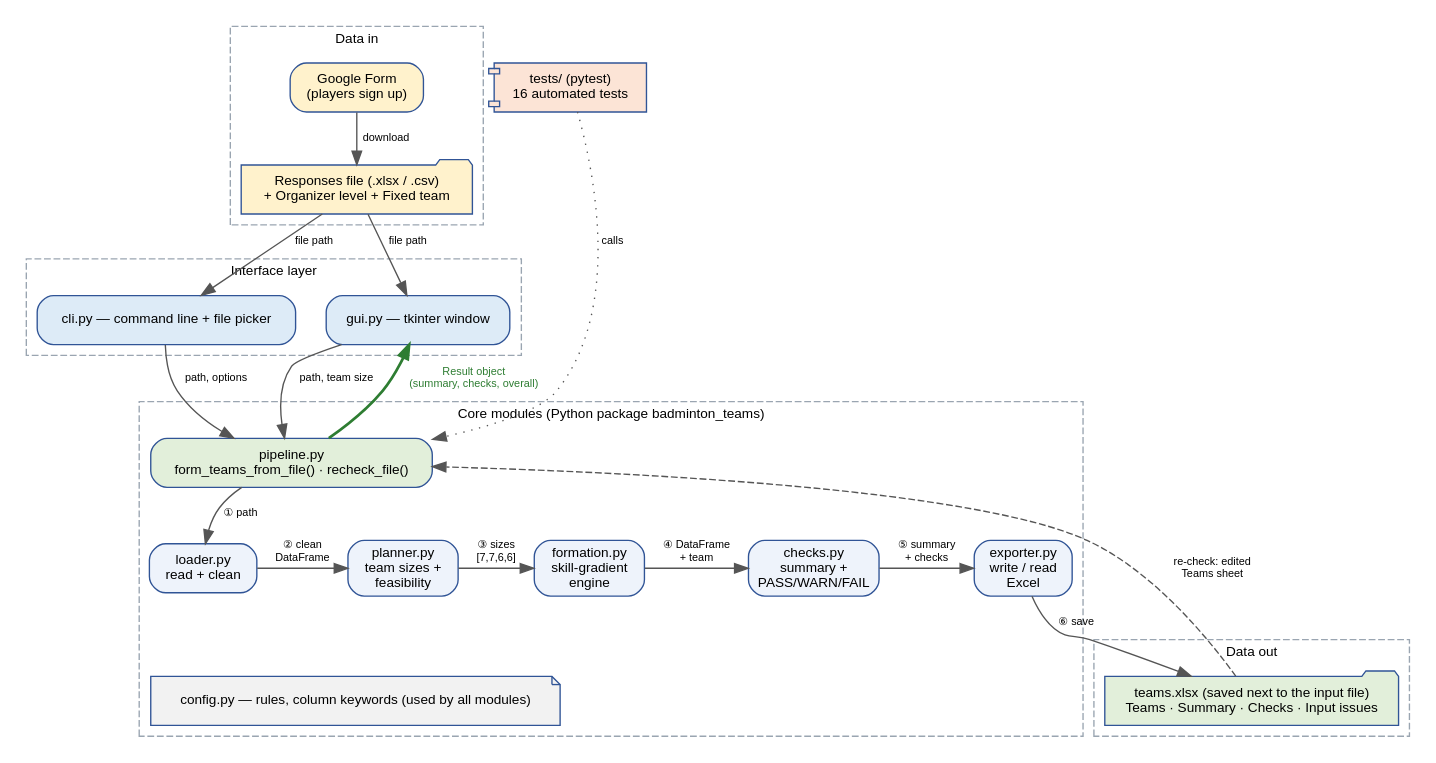
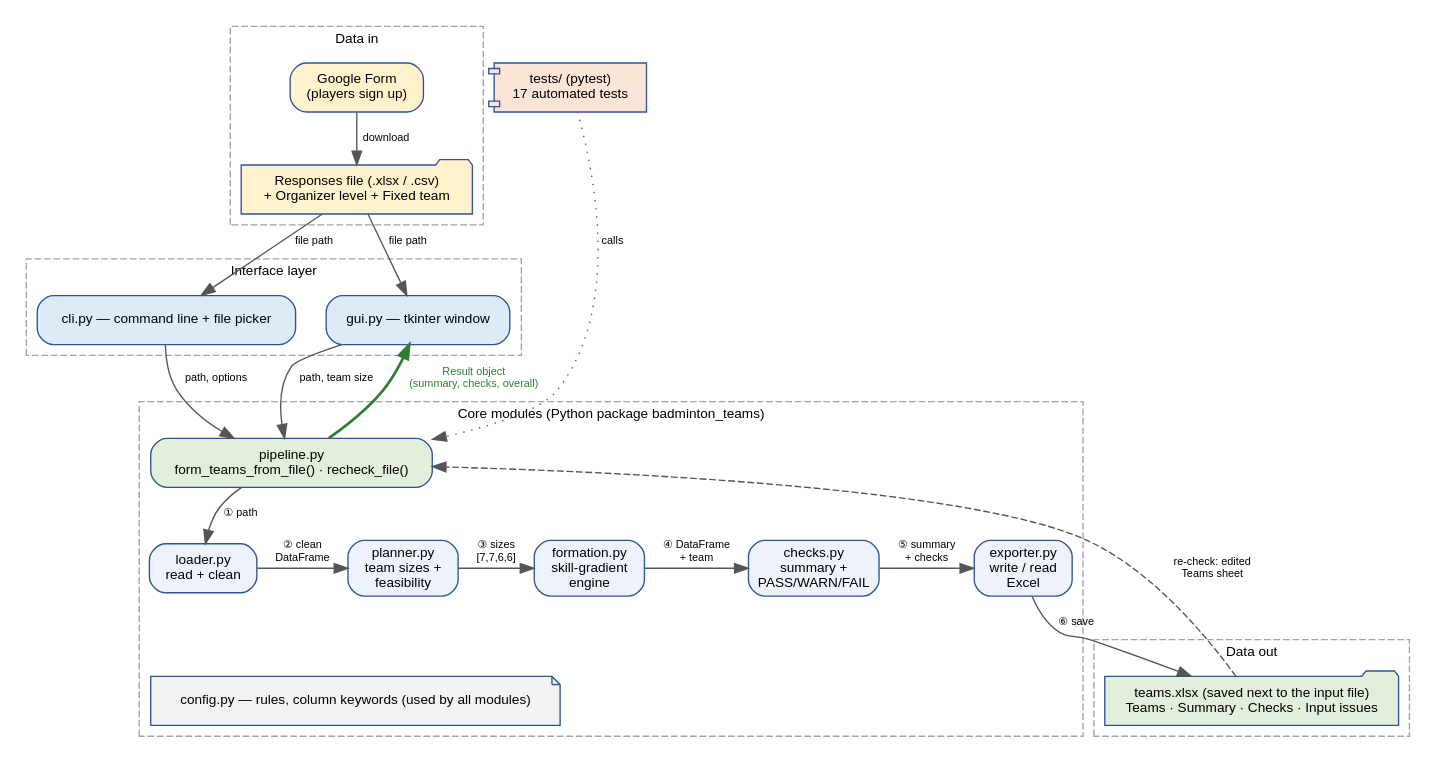
The diagram in docs/diagrams/architecture.dot (All3n0412/Python-Group-Project--N), drawn with Graphviz before and after one commit. The commit also changed 6 other files, not shown here.

```diff
--- a/docs/diagrams/architecture.dot
+++ b/docs/diagrams/architecture.dot
@@ -1,44 +1,44 @@
 digraph A {
   rankdir=TB; nodesep=0.3; ranksep=0.42; newrank=true;
   node [shape=box style="rounded,filled" fontname="Helvetica" fontsize=10 color="#305496" fillcolor="#EEF3FB"];
   edge [fontname="Helvetica" fontsize=8 color="#555555"];
 
   subgraph cluster_in { label="Data in"; style=dashed; color="#9AA5B1"; fontname="Helvetica"; fontsize=10;
     form  [label="Google Form\n(players sign up)" fillcolor="#FFF2CC"];
     sheet [label="Responses file (.xlsx / .csv)\n+ Organizer level + Fixed team" shape=folder fillcolor="#FFF2CC"];
   }
   subgraph cluster_ui { label="Interface layer"; style=dashed; color="#9AA5B1"; fontname="Helvetica"; fontsize=10;
     gui [label="gui.py — tkinter window" fillcolor="#DDEBF7"];
     cli [label="cli.py — command line + file picker" fillcolor="#DDEBF7"];
   }
   subgraph cluster_core { label="Core modules (Python package badminton_teams)"; style=dashed; color="#9AA5B1"; fontname="Helvetica"; fontsize=10;
     pipe [label="pipeline.py\nform_teams_from_file() · recheck_file()" fillcolor="#E2EFDA"];
     load [label="loader.py\nread + clean"];
     plan [label="planner.py\nteam sizes +\nfeasibility"];
     fm   [label="formation.py\nskill-gradient\nengine"];
     chk  [label="checks.py\nsummary +\nPASS/WARN/FAIL"];
     exp  [label="exporter.py\nwrite / read\nExcel"];
     cfg  [label="config.py — rules, column keywords (used by all modules)" shape=note fillcolor="#F2F2F2"];
   }
   subgraph cluster_out { label="Data out"; style=dashed; color="#9AA5B1"; fontname="Helvetica"; fontsize=10;
     xlsx [label="teams.xlsx (saved next to the input file)\nTeams · Summary · Checks · Input issues" shape=folder fillcolor="#E2EFDA"];
   }
-  tests [label="tests/ (pytest)\n16 automated tests" shape=component fillcolor="#FCE4D6"];
+  tests [label="tests/ (pytest)\n17 automated tests" shape=component fillcolor="#FCE4D6"];
 
   { rank=same; gui; cli; }
   { rank=same; load; plan; fm; chk; exp; }
 
   form -> sheet [label=" download"];
   sheet -> gui [label=" file path"]; sheet -> cli [label=" file path"];
   gui -> pipe [label=" path, team size"]; cli -> pipe [label=" path, options"];
   pipe -> gui [label=" Result object\n (summary, checks, overall)" color="#2E7D32" fontcolor="#2E7D32" style=bold];
   pipe -> load [label=" ① path"];
   load -> plan [label="② clean\nDataFrame"];
   plan -> fm [label="③ sizes\n[7,7,6,6]"];
   fm -> chk [label="④ DataFrame\n+ team"];
   chk -> exp [label="⑤ summary\n+ checks"];
   exp -> xlsx [label=" ⑥ save"];
   xlsx -> pipe [label=" re-check: edited\n Teams sheet" style=dashed constraint=false];
   load -> cfg [style=invis];
   tests -> pipe [style=dotted label=" calls" constraint=false];
 }
```
